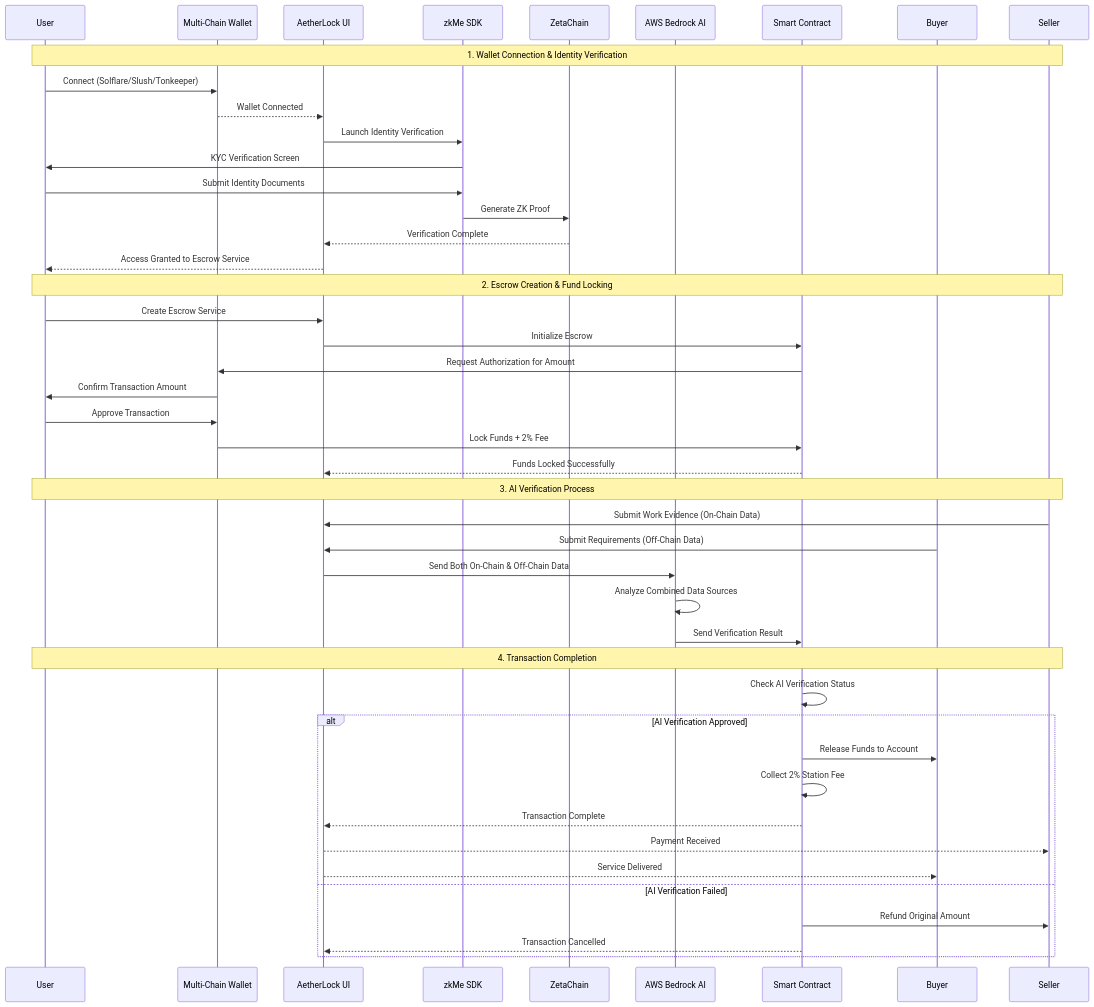
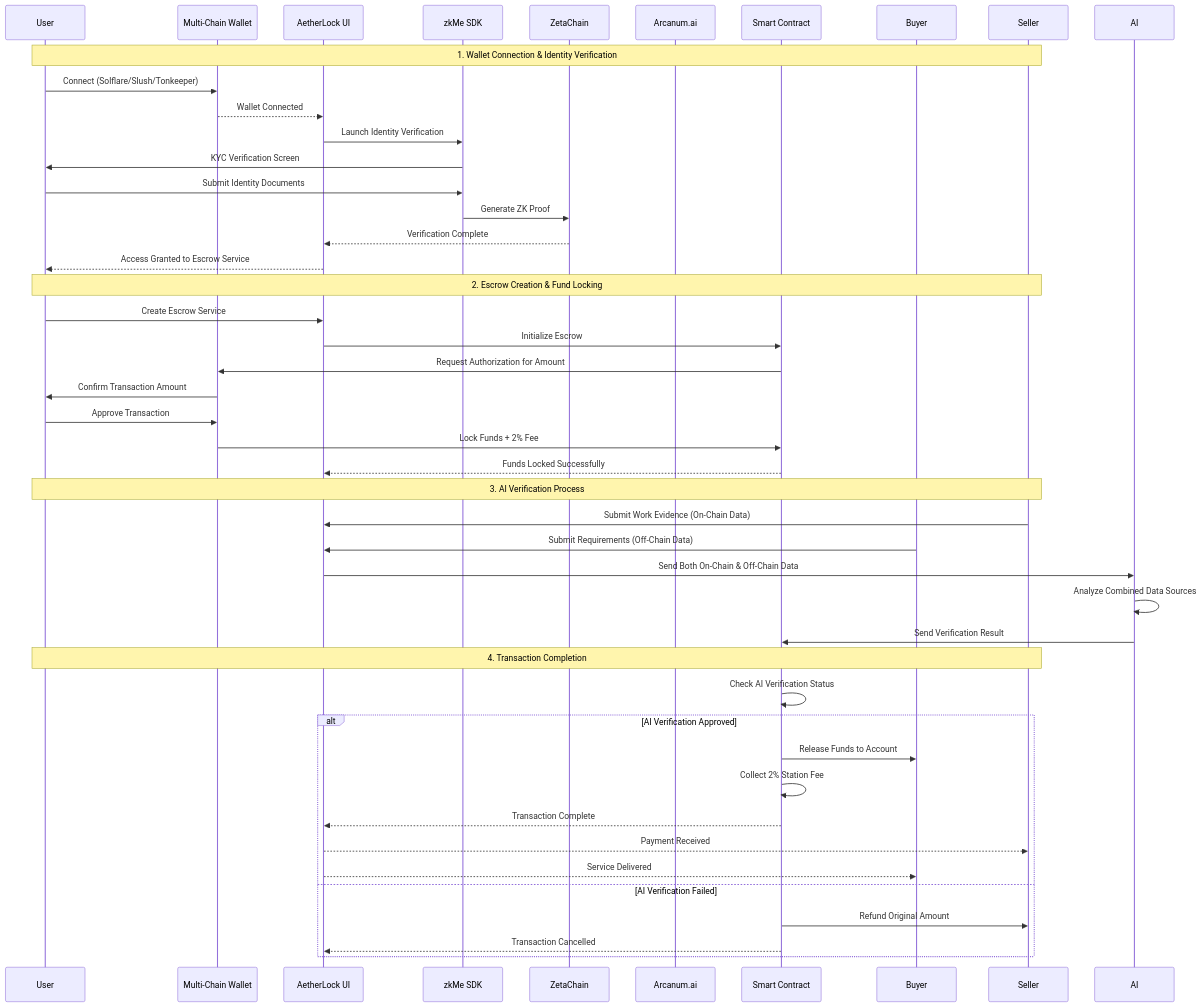
One commit to De-real-iManuel/aetherlock-docs changed the first of 4 diagrams in design/architecture.mdx. Above: the diagram before and after it, drawn with Mermaid.

````diff
--- a/design/architecture.mdx
+++ b/design/architecture.mdx
@@ -9,51 +9,51 @@
 ```mermaid
 sequenceDiagram
     participant User
     participant Wallet as Multi-Chain Wallet
     participant UI as AetherLock UI
     participant zkMe as zkMe SDK
     participant ZetaChain
-    participant AI as AWS Bedrock AI
+    participant Arcanum.ai
     participant Contract as Smart Contract
     participant Buyer
     participant Seller
 
     Note over User,Seller: 1. Wallet Connection & Identity Verification
     User->>Wallet: Connect (Solflare/Slush/Tonkeeper)
     Wallet-->>UI: Wallet Connected
     UI->>zkMe: Launch Identity Verification
     zkMe->>User: KYC Verification Screen
     User->>zkMe: Submit Identity Documents
     zkMe->>ZetaChain: Generate ZK Proof
     ZetaChain-->>UI: Verification Complete
     UI-->>User: Access Granted to Escrow Service
 
     Note over User,Seller: 2. Escrow Creation & Fund Locking
     User->>UI: Create Escrow Service
     UI->>Contract: Initialize Escrow
     Contract->>Wallet: Request Authorization for Amount
     Wallet->>User: Confirm Transaction Amount
     User->>Wallet: Approve Transaction
     Wallet->>Contract: Lock Funds + 2% Fee
     Contract-->>UI: Funds Locked Successfully
 
     Note over User,Seller: 3. AI Verification Process
     Seller->>UI: Submit Work Evidence (On-Chain Data)
     Buyer->>UI: Submit Requirements (Off-Chain Data)
     UI->>AI: Send Both On-Chain & Off-Chain Data
     AI->>AI: Analyze Combined Data Sources
     AI->>Contract: Send Verification Result
     
     Note over User,Seller: 4. Transaction Completion
     Contract->>Contract: Check AI Verification Status
     alt AI Verification Approved
         Contract->>Buyer: Release Funds to Account
         Contract->>Contract: Collect 2% Station Fee
         Contract-->>UI: Transaction Complete
         UI-->>Seller: Payment Received
         UI-->>Buyer: Service Delivered
     else AI Verification Failed
         Contract->>Seller: Refund Original Amount
         Contract-->>UI: Transaction Cancelled
     end
 ```
````
